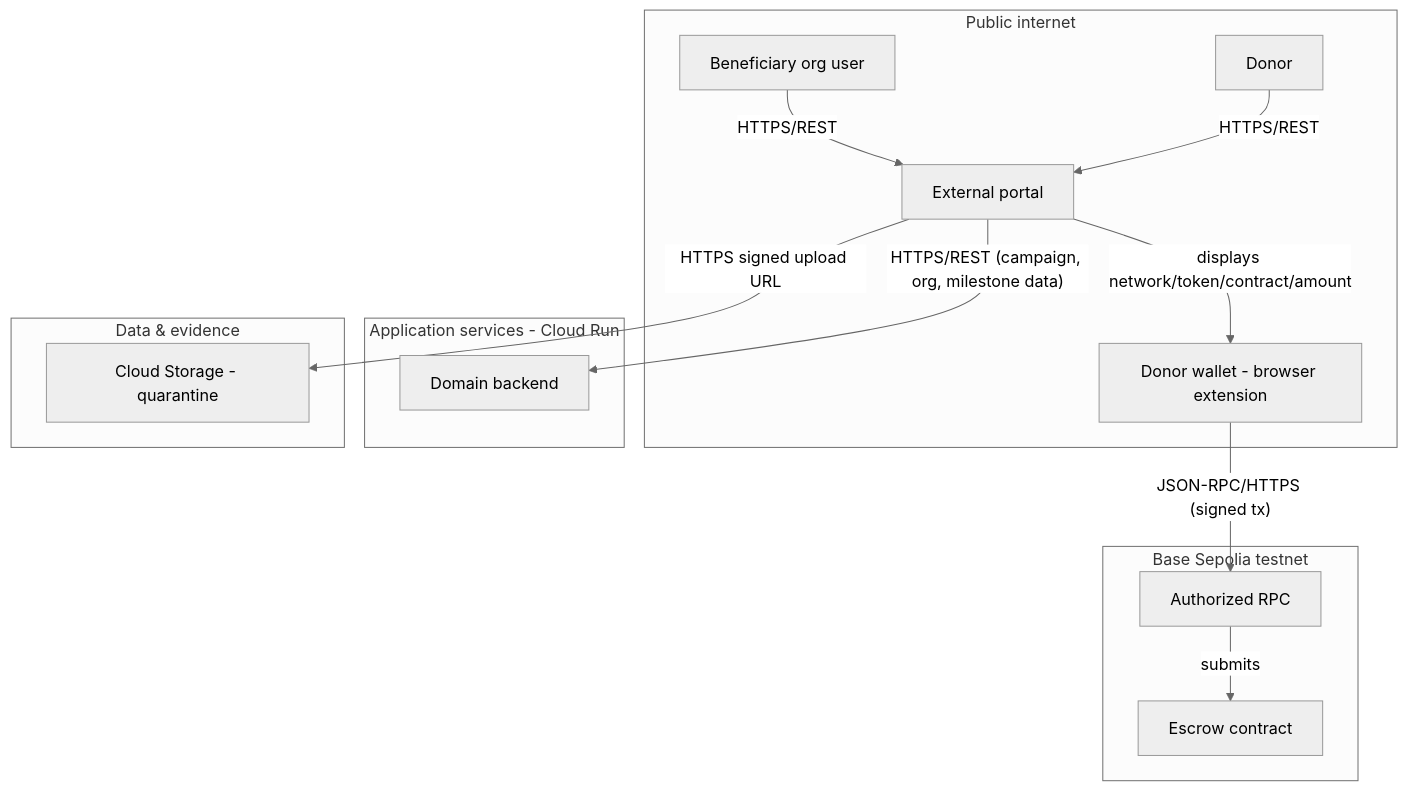
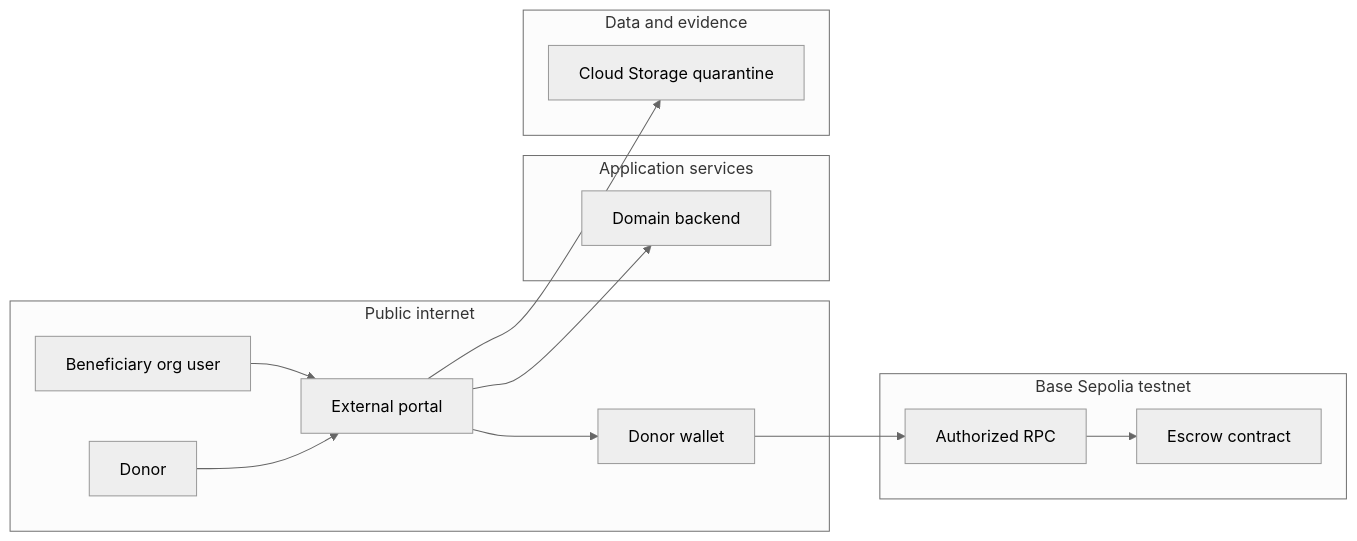
Before and after one commit to eweinmanepam/Documents: the second of 19 diagrams in stableimpact-design.md, drawn with Mermaid (neutral theme). The commit also changed other lines of this file, not shown here.

````diff
--- a/stableimpact-design.md
+++ b/stableimpact-design.md
@@ -121,30 +113,29 @@
 ```mermaid
-flowchart TB
+flowchart LR
   subgraph Public[Public internet]
     ORG[Beneficiary org user]
     DONOR[Donor]
     PORTAL[External portal]
-    DONORW[Donor wallet - browser extension]
+    DONORW[Donor wallet]
   end
 
-  subgraph AppSvc[Application services - Cloud Run]
+  subgraph AppSvc[Application services]
     API[Domain backend]
   end
 
-  subgraph DataZone[Data & evidence]
-    GCS[Cloud Storage - quarantine]
+  subgraph DataZone[Data and evidence]
+    GCS[Cloud Storage quarantine]
   end
 
   subgraph Chain[Base Sepolia testnet]
     RPC[Authorized RPC]
     CONTRACT[Escrow contract]
   end
 
-  ORG -- HTTPS/REST --> PORTAL
-  DONOR -- HTTPS/REST --> PORTAL
-  PORTAL -- HTTPS/REST (campaign, org, milestone data) --> API
-  PORTAL -- HTTPS signed upload URL --> GCS
-  PORTAL -- displays network/token/contract/amount --> DONORW
-  DONORW -- JSON-RPC/HTTPS (signed tx) --> RPC
-  RPC -- submits --> CONTRACT
+  ORG --> PORTAL
+  DONOR --> PORTAL
+  PORTAL --> API
+  PORTAL --> GCS
+  PORTAL --> DONORW
+  DONORW --> RPC --> CONTRACT
 ```
````
